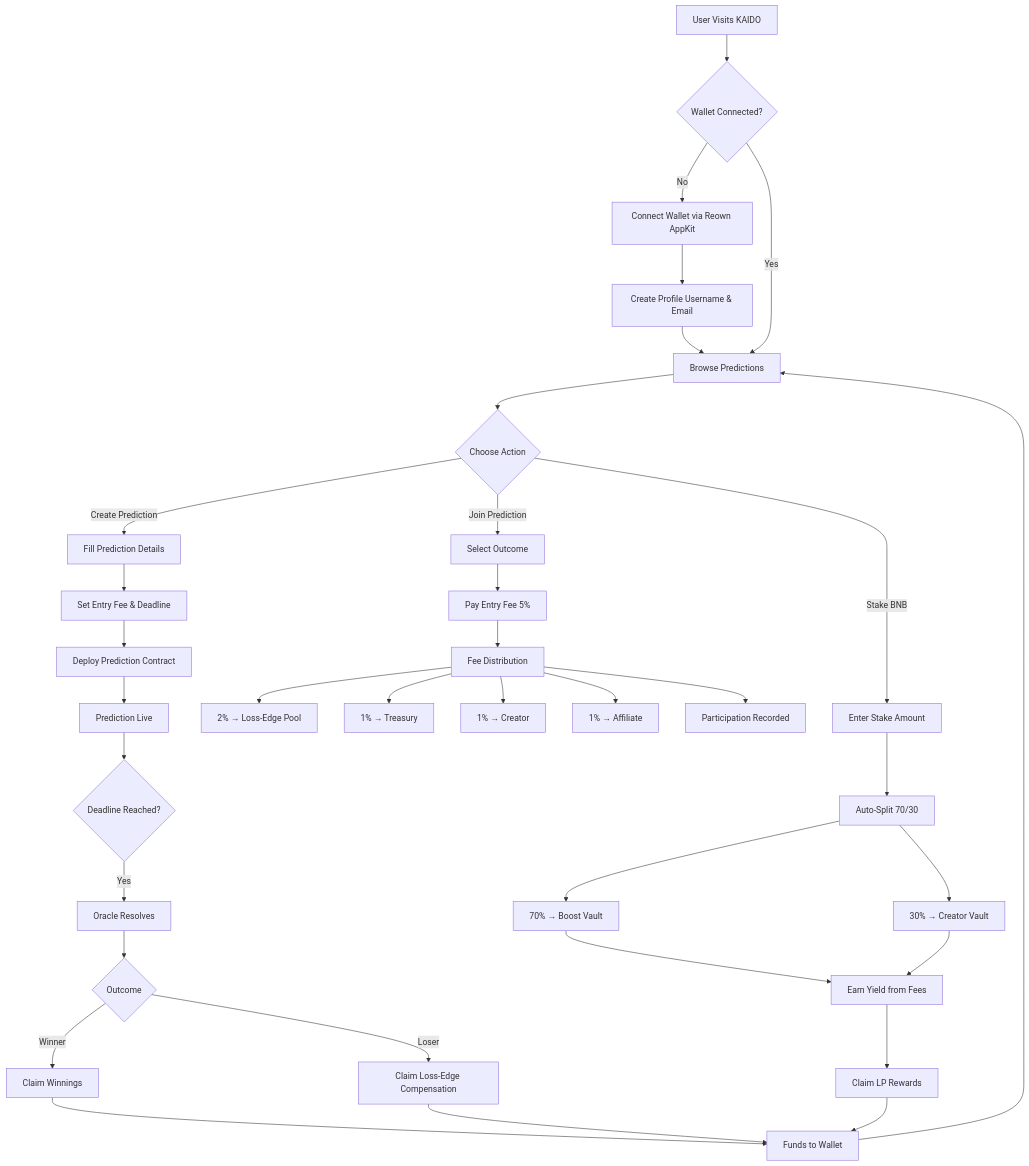
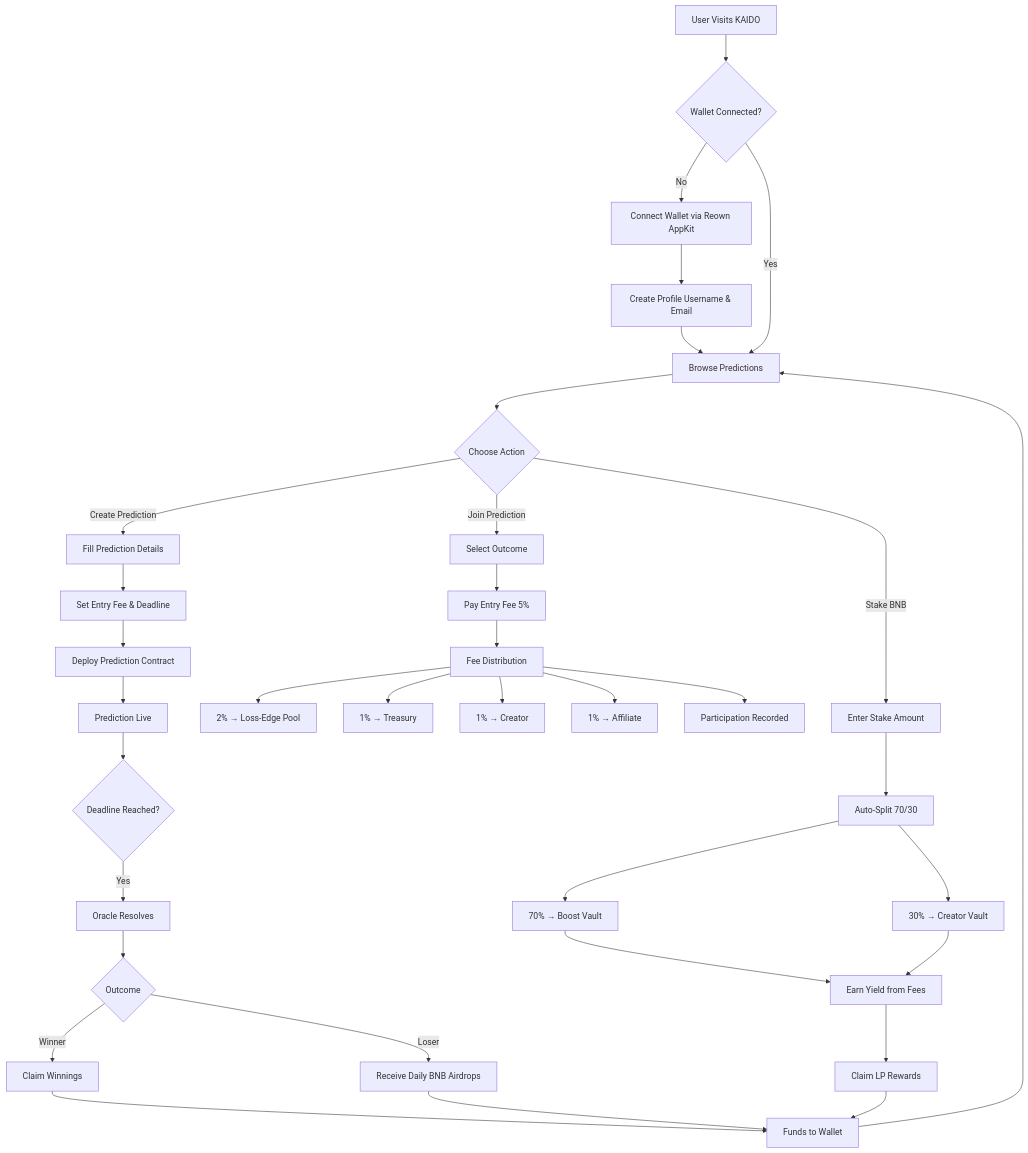
The first of 2 diagrams in README.md (kaidobnb/kaido), drawn with Mermaid before and after one commit. The commit also changed other lines of this file, not shown here.

````diff
--- a/README.md
+++ b/README.md
@@ -137,45 +138,45 @@
 ```mermaid
 graph TD
     A[User Visits KAIDO] --> B{Wallet Connected?}
     B -->|No| C[Connect Wallet via Reown AppKit]
     C --> D[Create Profile Username & Email]
     D --> E[Browse Predictions]
     B -->|Yes| E
 
     E --> F{Choose Action}
 
     F -->|Create Prediction| G[Fill Prediction Details]
     G --> H[Set Entry Fee & Deadline]
     H --> I[Deploy Prediction Contract]
     I --> J[Prediction Live]
 
     F -->|Join Prediction| K[Select Outcome]
     K --> L[Pay Entry Fee 5%]
     L --> M[Fee Distribution]
     M --> M1[2% → Loss-Edge Pool]
     M --> M2[1% → Treasury]
     M --> M3[1% → Creator]
     M --> M4[1% → Affiliate]
     M --> N[Participation Recorded]
 
     F -->|Stake BNB| O[Enter Stake Amount]
     O --> P[Auto-Split 70/30]
     P --> P1[70% → Boost Vault]
     P --> P2[30% → Creator Vault]
     P1 --> Q[Earn Yield from Fees]
     P2 --> Q
 
     J --> R{Deadline Reached?}
     R -->|Yes| S[Oracle Resolves]
     S --> T{Outcome}
     T -->|Winner| U[Claim Winnings]
-    T -->|Loser| V[Claim Loss-Edge Compensation]
+    T -->|Loser| V[Receive Daily BNB Airdrops]
 
     Q --> W[Claim LP Rewards]
 
     U --> X[Funds to Wallet]
     V --> X
     W --> X
 
     X --> E
 ```
````
